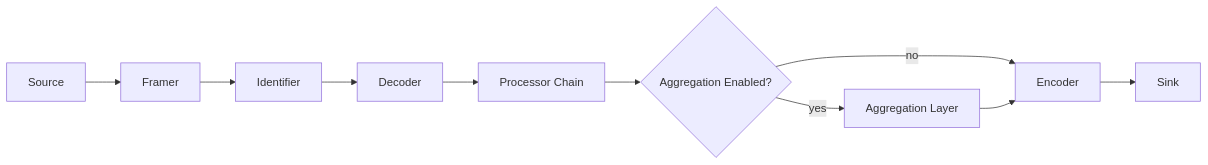
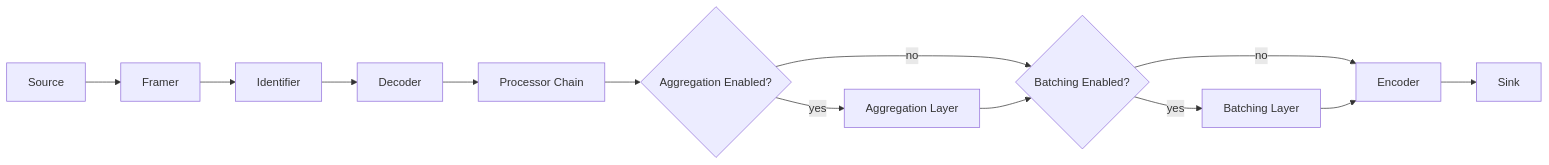
The first of 6 diagrams in docs/reflow-architecture.md (netsampler/goflow2), drawn with Mermaid before and after one commit. The commit also changed other lines of this file, not shown here.

Commit message:
docs(reflow): clarify batching and flush semantics

````diff
--- a/docs/reflow-architecture.md
+++ b/docs/reflow-architecture.md
@@ -245,12 +245,15 @@
 ```mermaid
 flowchart LR
     S[Source] --> F[Framer]
     F --> I[Identifier]
     I --> D[Decoder]
     D --> P[Processor Chain]
     P --> A{Aggregation Enabled?}
-    A -- no --> E[Encoder]
+    A -- no --> B{Batching Enabled?}
     A -- yes --> G[Aggregation Layer]
-    G --> E
+    G --> B
+    B -- no --> E[Encoder]
+    B -- yes --> H[Batching Layer]
+    H --> E
     E --> K[Sink]
 ```
````
